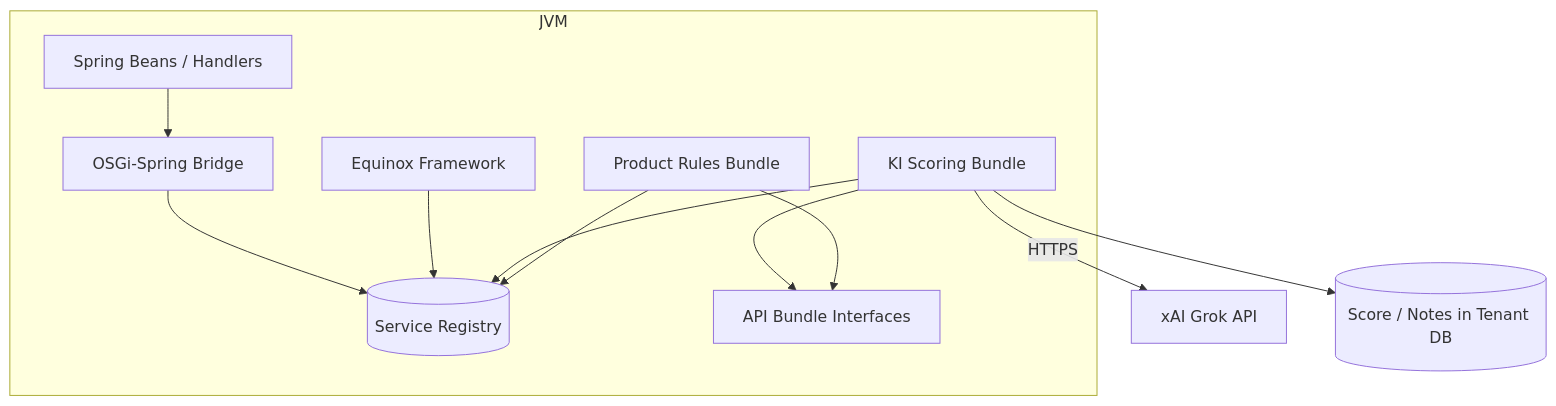
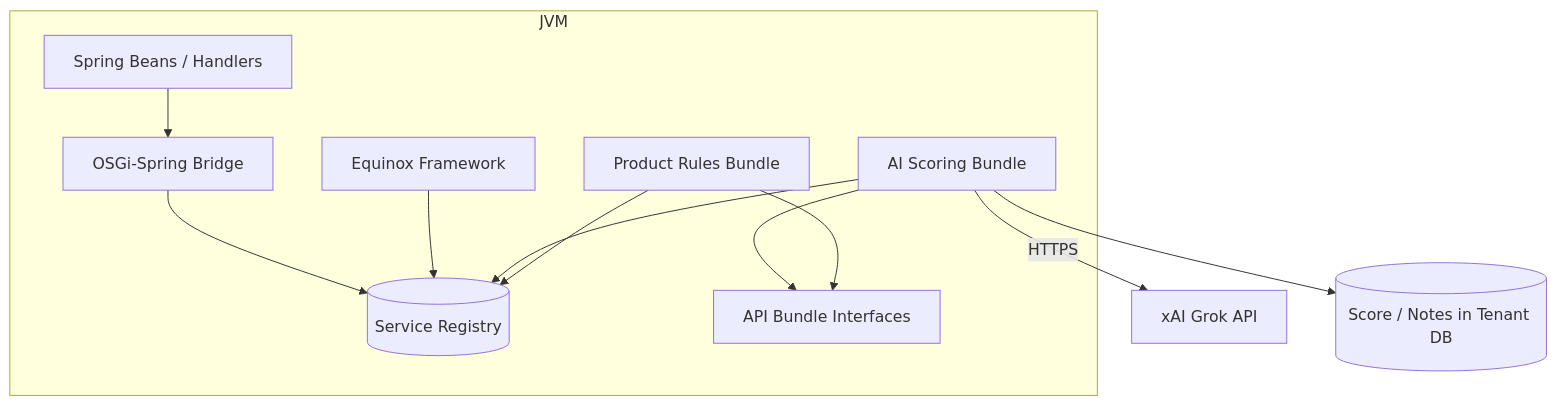
One commit to RainerMaxWallscheid/fineract-osgi changed the sixth of 7 diagrams in docs/arc42/03_building_block_view.md. Above: the diagram before and after it, drawn with Mermaid. The commit also changed other lines of this file and 38 other files, not shown here.

````diff
--- a/docs/arc42/03_building_block_view.md
+++ b/docs/arc42/03_building_block_view.md
@@ -305,21 +305,21 @@
 ```mermaid
 flowchart TB
     subgraph JVM
       SB[Spring Beans / Handlers]
       BR[OSGi-Spring Bridge]
       EQ[Equinox Framework]
       REG[(Service Registry)]
       API[API Bundle Interfaces]
-      KIB[KI Scoring Bundle]
+      KIB[AI Scoring Bundle]
       PRB[Product Rules Bundle]
     end
 
     SB --> BR --> REG
     EQ --> REG
     KIB --> API
     PRB --> API
     KIB --> REG
     PRB --> REG
     KIB -->|HTTPS| GROK[xAI Grok API]
     KIB --> DB[(Score / Notes in Tenant DB)]
 ```
````
